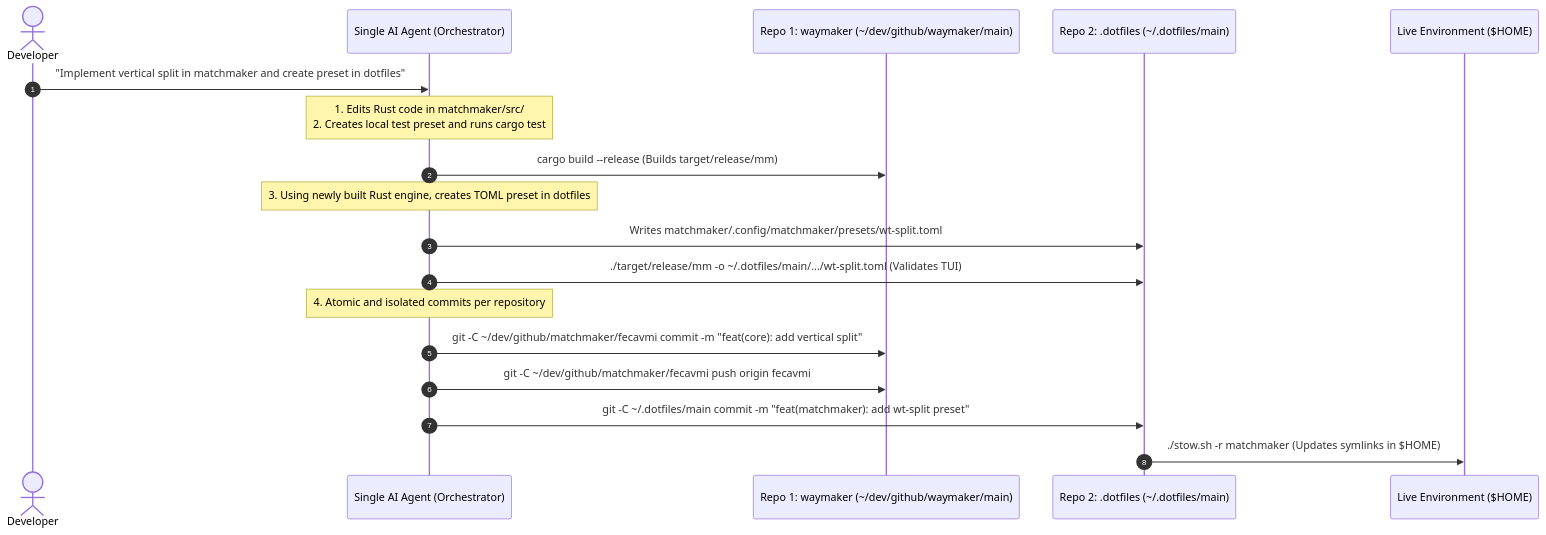
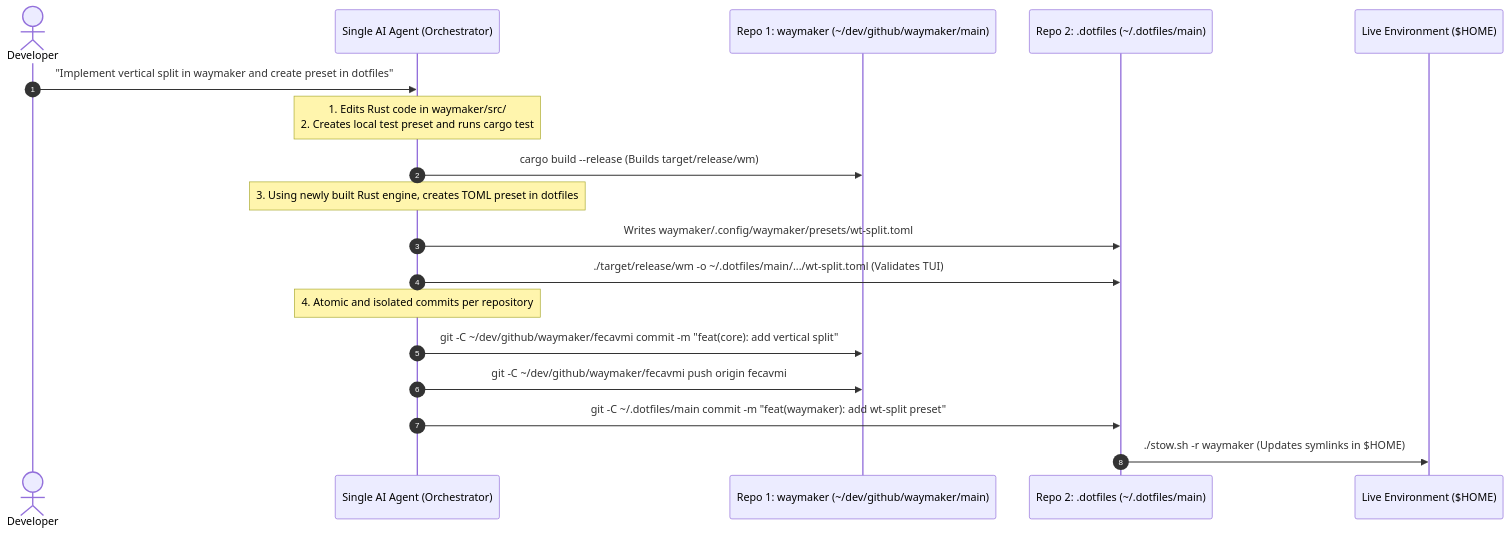
One commit to felipecm-br/.dotfiles changed the fifth of 5 diagrams in docs/GIT_WORKTREE_AGENTIC_WORKFLOW.md. Above: the diagram before and after it, drawn with Mermaid. The commit also changed other lines of this file and 48 other files, not shown here.

````diff
--- a/docs/GIT_WORKTREE_AGENTIC_WORKFLOW.md
+++ b/docs/GIT_WORKTREE_AGENTIC_WORKFLOW.md
@@ -539,24 +548,24 @@
 ```mermaid
 sequenceDiagram
     autonumber
     actor Dev as Developer
     participant Agent as Single AI Agent (Orchestrator)
     participant Engine as Repo 1: waymaker (~/dev/github/waymaker/main)
     participant Dotfiles as Repo 2: .dotfiles (~/.dotfiles/main)
     participant Home as Live Environment ($HOME)
 
-    Dev->>Agent: "Implement vertical split in matchmaker and create preset in dotfiles"
-    Note over Agent: 1. Edits Rust code in matchmaker/src/<br/>2. Creates local test preset and runs cargo test
-    Agent->>Engine: cargo build --release (Builds target/release/mm)
+    Dev->>Agent: "Implement vertical split in waymaker and create preset in dotfiles"
+    Note over Agent: 1. Edits Rust code in waymaker/src/<br/>2. Creates local test preset and runs cargo test
+    Agent->>Engine: cargo build --release (Builds target/release/wm)
     
     Note over Agent: 3. Using newly built Rust engine, creates TOML preset in dotfiles
-    Agent->>Dotfiles: Writes matchmaker/.config/matchmaker/presets/wt-split.toml
-    Agent->>Dotfiles: ./target/release/mm -o ~/.dotfiles/main/.../wt-split.toml (Validates TUI)
+    Agent->>Dotfiles: Writes waymaker/.config/waymaker/presets/wt-split.toml
+    Agent->>Dotfiles: ./target/release/wm -o ~/.dotfiles/main/.../wt-split.toml (Validates TUI)
 
     Note over Agent: 4. Atomic and isolated commits per repository
-    Agent->>Engine: git -C ~/dev/github/matchmaker/fecavmi commit -m "feat(core): add vertical split"
-    Agent->>Engine: git -C ~/dev/github/matchmaker/fecavmi push origin fecavmi
+    Agent->>Engine: git -C ~/dev/github/waymaker/fecavmi commit -m "feat(core): add vertical split"
+    Agent->>Engine: git -C ~/dev/github/waymaker/fecavmi push origin fecavmi
 
-    Agent->>Dotfiles: git -C ~/.dotfiles/main commit -m "feat(matchmaker): add wt-split preset"
-    Dotfiles->>Home: ./stow.sh -r matchmaker (Updates symlinks in $HOME)
+    Agent->>Dotfiles: git -C ~/.dotfiles/main commit -m "feat(waymaker): add wt-split preset"
+    Dotfiles->>Home: ./stow.sh -r waymaker (Updates symlinks in $HOME)
 ```
````
